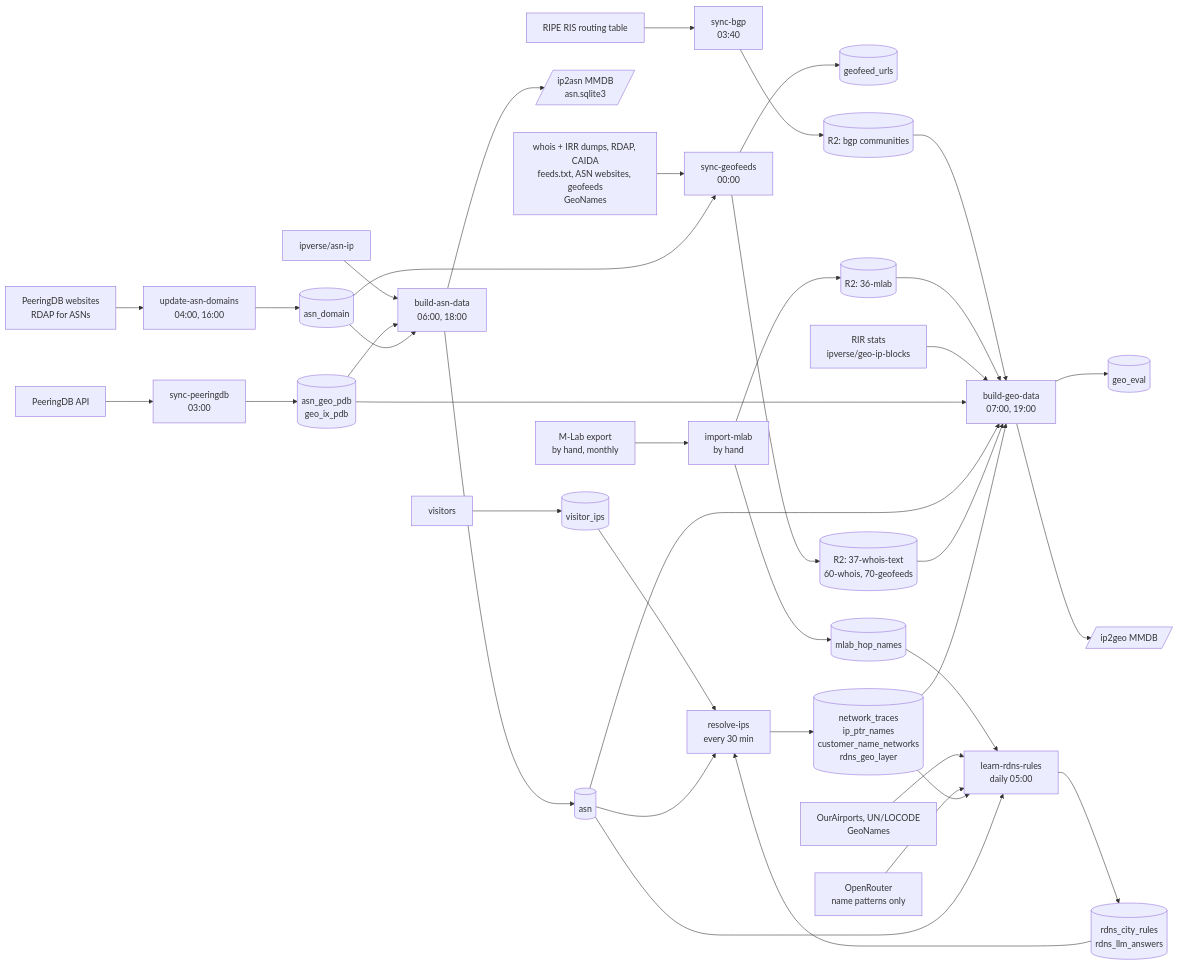
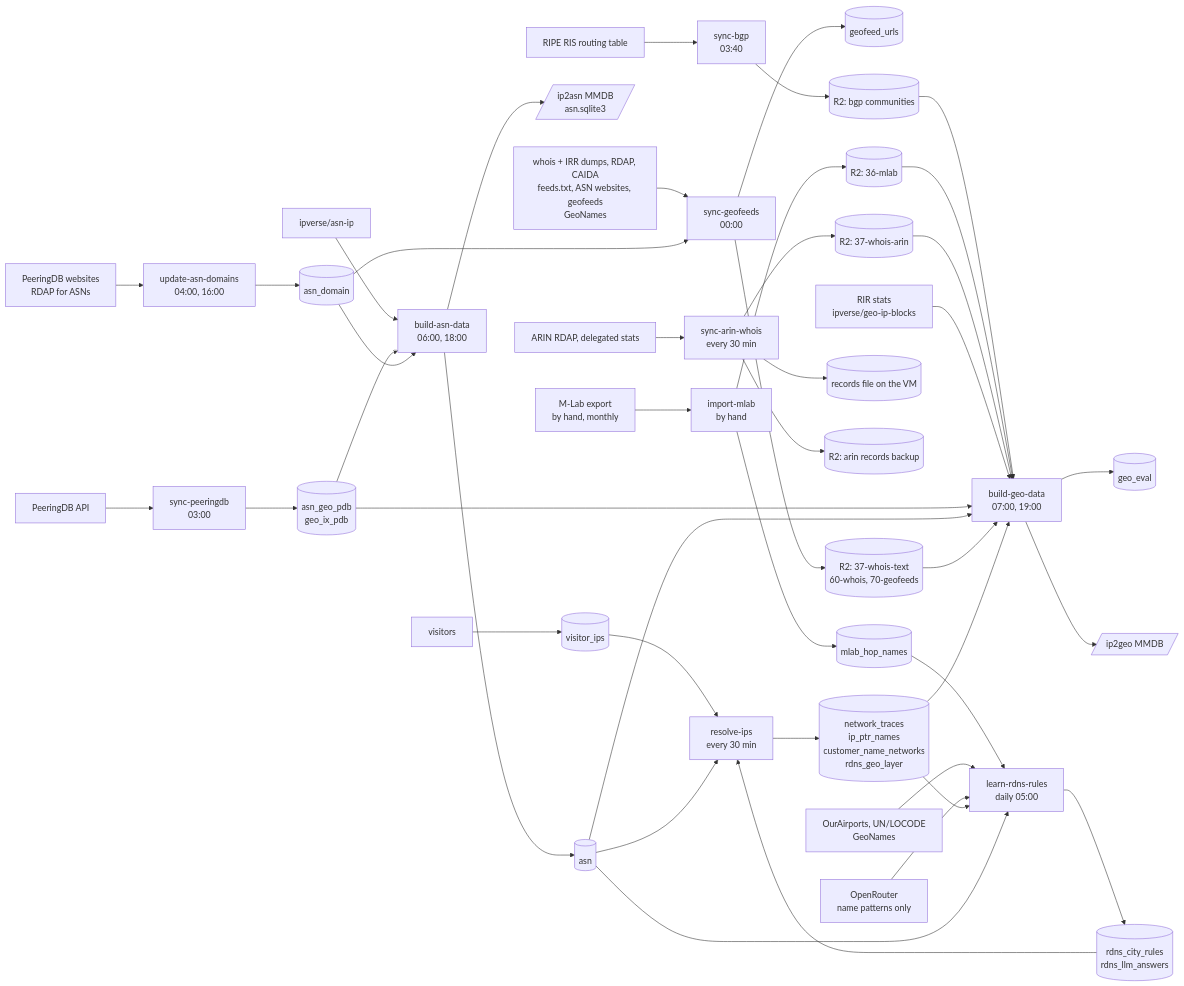
Before and after one commit to shingrus/openipdata.org: the diagram in docs/pipeline.md, drawn with Mermaid. The commit also changed other lines of this file and 29 other files, not shown here.

First line of the commit message:
geo: sync-arin-whois, the registrant city of small ARIN records as layer 37-whois-arin

````diff
--- a/docs/pipeline.md
+++ b/docs/pipeline.md
@@ -9,41 +9,46 @@
 ```mermaid
 flowchart LR
   pdbapi[PeeringDB API] --> pdb[sync-peeringdb<br/>03:00]
   pdb --> t_pdb[(asn_geo_pdb<br/>geo_ix_pdb)]
   rdapasn[PeeringDB websites<br/>RDAP for ASNs] --> dom[update-asn-domains<br/>04:00, 16:00]
   dom --> t_dom[(asn_domain)]
   asnip[ipverse/asn-ip] --> asn[build-asn-data<br/>06:00, 18:00]
   t_pdb --> asn
   t_dom --> asn
   asn --> t_asn[(asn)]
   asn --> pub_asn[/ip2asn MMDB<br/>asn.sqlite3/]
   whois[whois + IRR dumps, RDAP, CAIDA<br/>feeds.txt, ASN websites, geofeeds<br/>GeoNames] --> gf[sync-geofeeds<br/>00:00]
   t_dom --> gf
   gf --> t_gf[(geofeed_urls)]
   gf --> r2[(R2: 37-whois-text<br/>60-whois, 70-geofeeds)]
   ris[RIPE RIS routing table] --> bgp[sync-bgp<br/>03:40]
   bgp --> r2bgp[(R2: bgp communities)]
   r2bgp --> geo
   mlabcsv[M-Lab export<br/>by hand, monthly] --> ml[import-mlab<br/>by hand]
   ml --> t_ml[(mlab_hop_names)]
   ml --> r2ml[(R2: 36-mlab)]
   r2ml --> geo
+  rdaparin[ARIN RDAP, delegated stats] --> arin[sync-arin-whois<br/>every 30 min]
+  arin --> f_arin[(records file on the VM)]
+  arin --> r2back[(R2: arin records backup)]
+  arin --> r2arin[(R2: 37-whois-arin)]
+  r2arin --> geo
   t_ml --> learn
   rir[RIR stats<br/>ipverse/geo-ip-blocks] --> geo[build-geo-data<br/>07:00, 19:00]
   t_pdb --> geo
   t_asn --> geo
   r2 --> geo
   geo --> t_eval[(geo_eval)]
   geo --> pub_geo[/ip2geo MMDB/]
   visitors[visitors] --> t_vis[(visitor_ips)]
   t_vis --> rd[resolve-ips<br/>every 30 min]
   t_asn --> rd
   rd --> t_rd[(network_traces<br/>ip_ptr_names<br/>customer_name_networks<br/>rdns_geo_layer)]
   t_rd --> geo
   places[OurAirports, UN/LOCODE<br/>GeoNames] --> learn[learn-rdns-rules<br/>daily 05:00]
   llm[OpenRouter<br/>name patterns only] --> learn
   t_rd --> learn
   t_asn --> learn
   learn --> t_rules[(rdns_city_rules<br/>rdns_llm_answers)]
   t_rules --> rd
 ```
````
